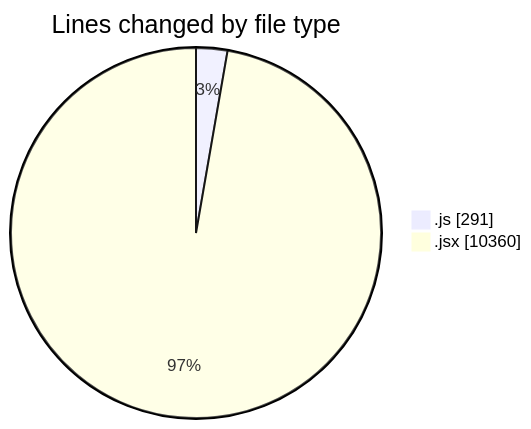
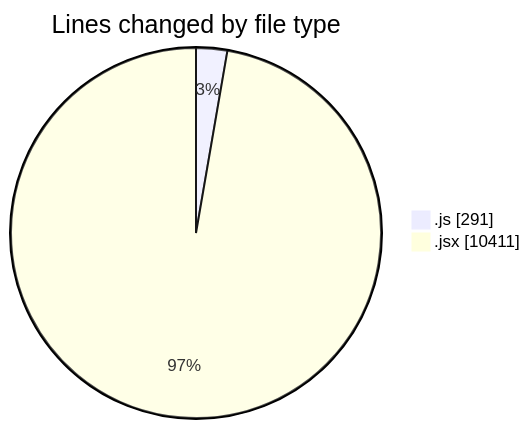
Before and after one commit to nxtqubesakshisongat/code-tracking: the first of 2 diagrams in 2025-07-28/nxtqube_webapp/README.md, drawn with Mermaid. The commit also changed other lines of this file and 1 other file, not shown here.

````diff
--- a/2025-07-28/nxtqube_webapp/README.md
+++ b/2025-07-28/nxtqube_webapp/README.md
@@ -45,6 +45,6 @@
 ```mermaid
 pie showData
 title Lines changed by file type
 ".js" : 291
-".jsx" : 10360
+".jsx" : 10411
 ```
````
